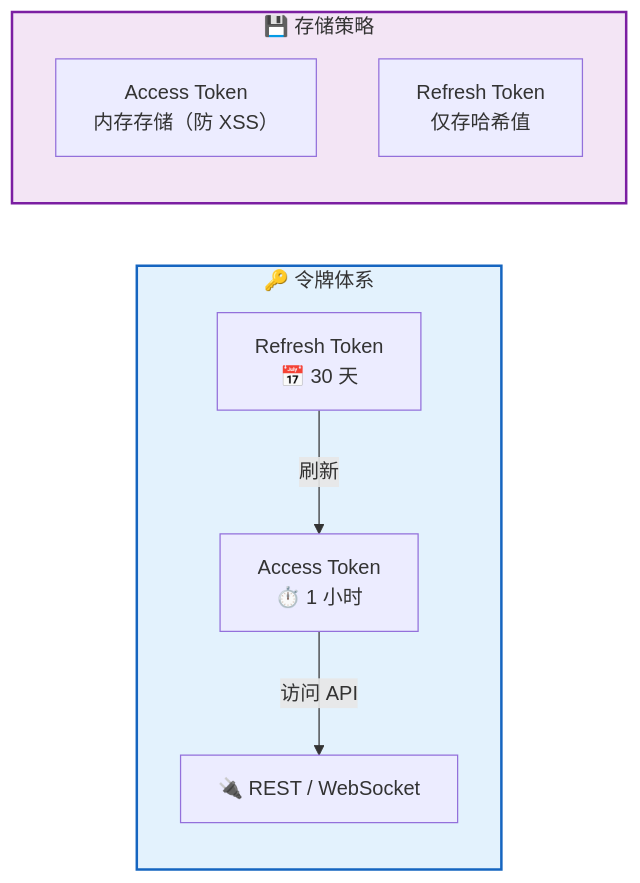
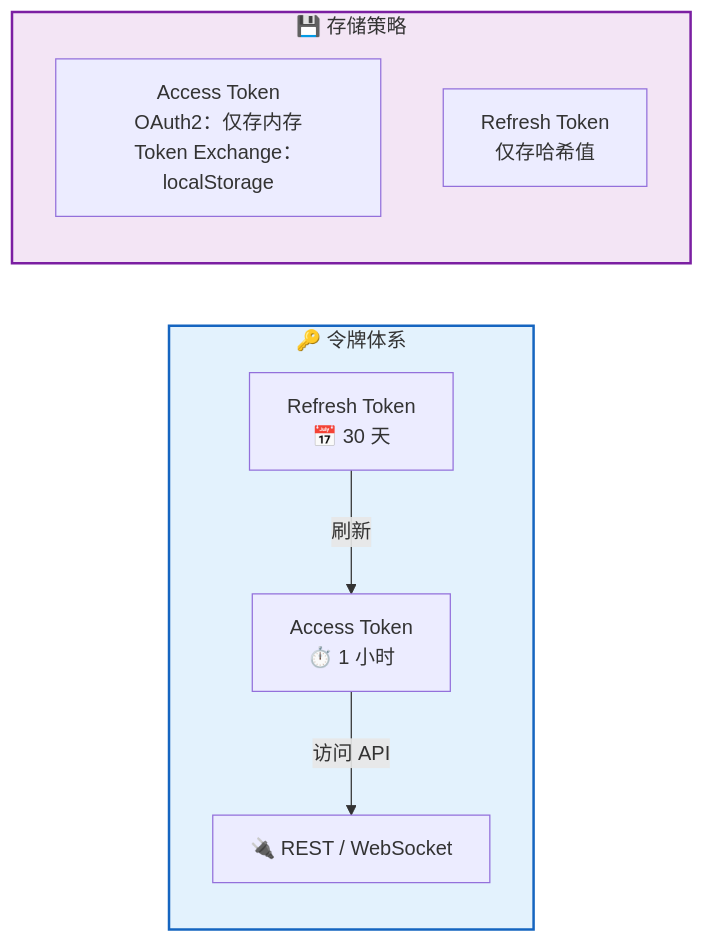
Before and after one commit to rtc-agent/docs: the fourth of 9 diagrams in src/content/docs/integration/auth.md, drawn with Mermaid. The commit also changed other lines of this file and 20 other files, not shown here.

First line of the commit message:
docs: sync with server/web-components changes (admin-server, token exchange, file upload, metrics)

````diff
--- a/src/content/docs/integration/auth.md
+++ b/src/content/docs/integration/auth.md
@@ -101,17 +101,17 @@
 ```mermaid
 flowchart LR
     subgraph TOKENS["🔑 令牌体系"]
         direction TB
         A["Access Token<br/>⏱️ 1 小时"] -->|"访问 API"| API["🔌 REST / WebSocket"]
         B["Refresh Token<br/>📅 30 天"] -->|"刷新"| A
     end
 
     subgraph STORAGE["💾 存储策略"]
         direction TB
-        C["Access Token<br/>内存存储（防 XSS）"]
+        C["Access Token<br/>OAuth2：仅存内存<br/>Token Exchange：localStorage"]
         D["Refresh Token<br/>仅存哈希值"]
     end
 
     style TOKENS fill:#e3f2fd,stroke:#1565c0,stroke-width:2px
     style STORAGE fill:#f3e5f5,stroke:#7b1fa2,stroke-width:2px
 ```
````
